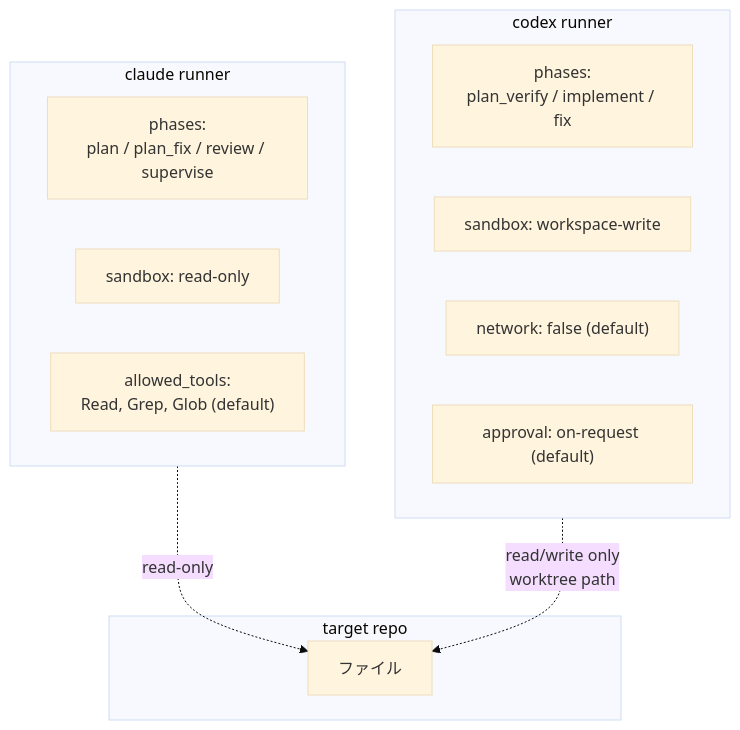
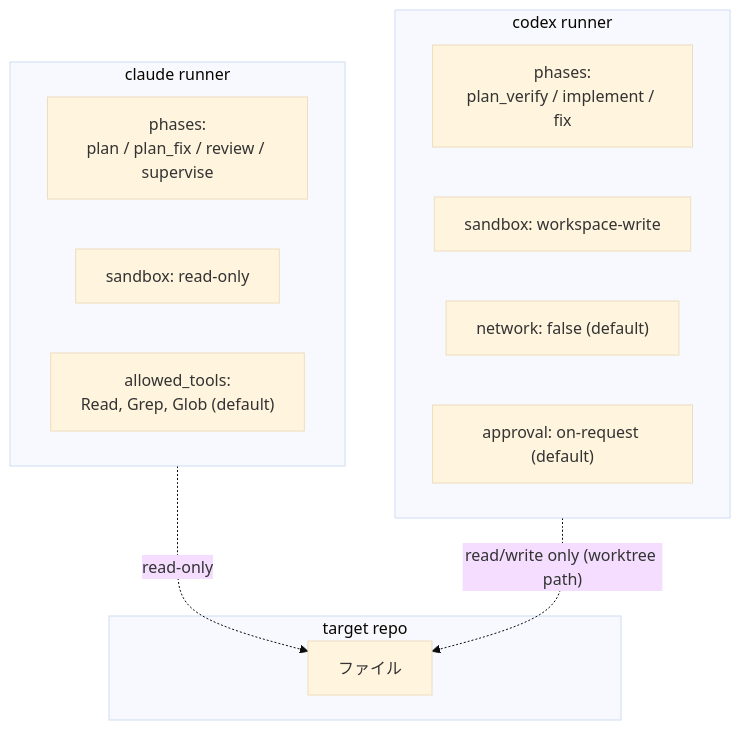
One commit to cattyneo/agent-autokit changed the fourth of 7 diagrams in docs/dev-guide/05-safety.md. Above: the diagram before and after it, drawn with Mermaid (base theme). The commit also changed other lines of this file and 12 other files, not shown here.

````diff
--- a/docs/dev-guide/05-safety.md
+++ b/docs/dev-guide/05-safety.md
@@ -73,22 +73,22 @@
 ```mermaid
 flowchart TB
   subgraph claude["claude runner"]
     cP["phases:<br/>plan / plan_fix / review / supervise"]
     cM["sandbox: read-only"]
     cT["allowed_tools:<br/>Read, Grep, Glob (default)"]
   end
 
   subgraph codex["codex runner"]
     xP["phases:<br/>plan_verify / implement / fix"]
     xM["sandbox: workspace-write"]
     xN["network: false (default)"]
     xA["approval: on-request (default)"]
   end
 
   subgraph repo["target repo"]
     R[ファイル]
   end
 
   claude -. read-only .-> R
-  codex -. read/write only<br/>worktree path .-> R
+  codex -. "read/write only (worktree path)" .-> R
 ```
````
